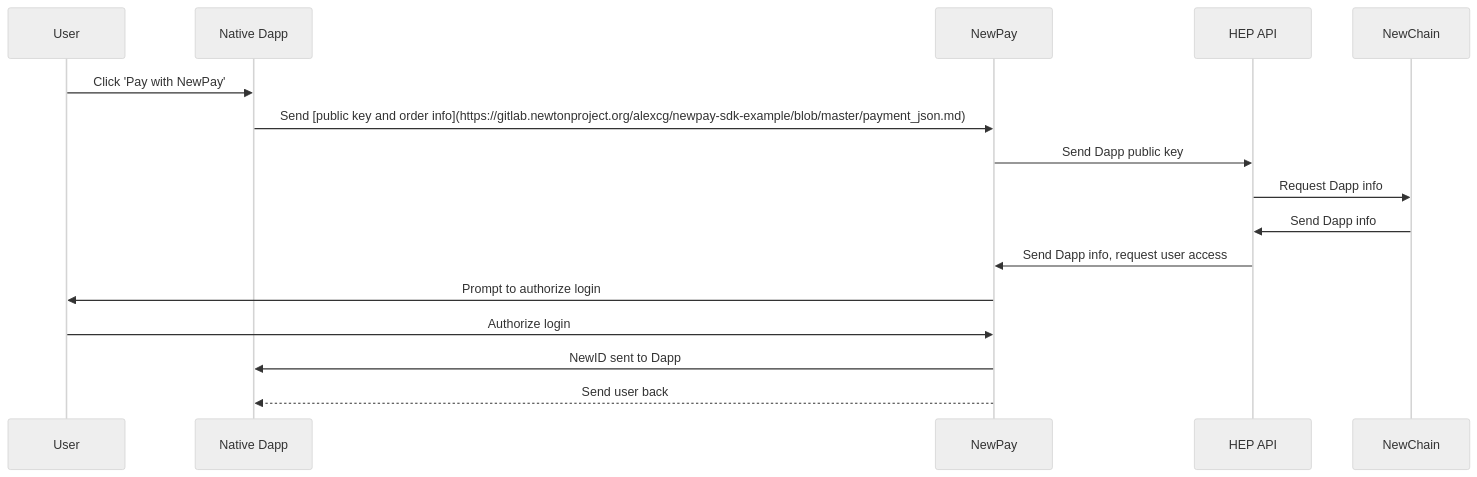
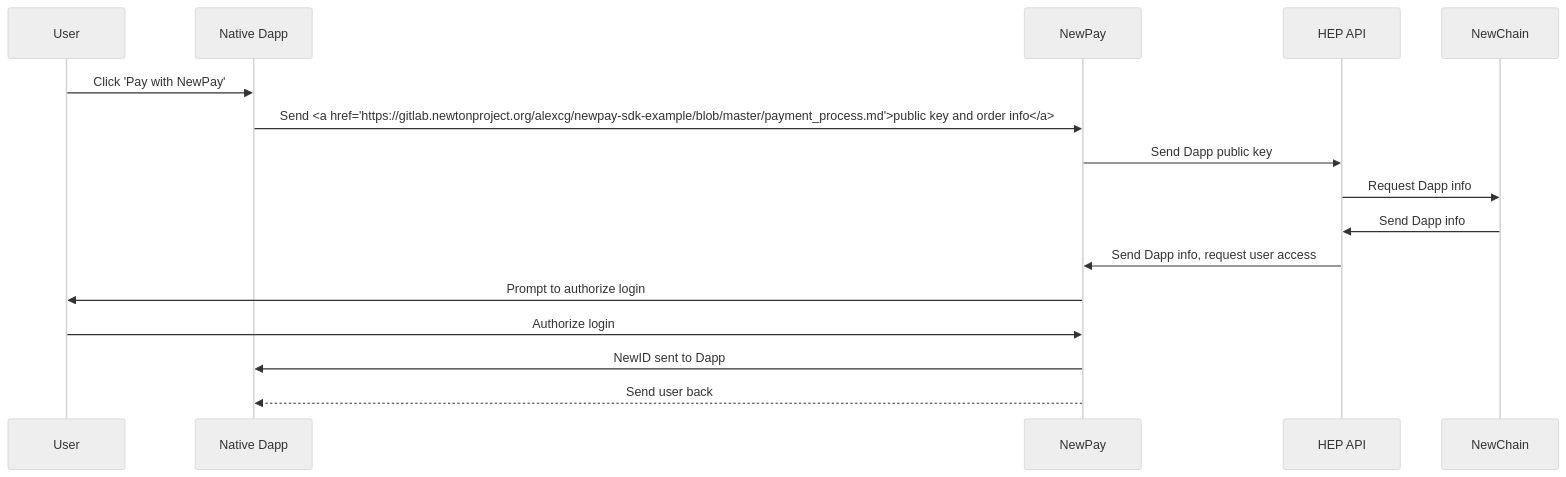
The diagram in payment_process.md (newtonproject/HEP-specification), drawn with Mermaid (neutral theme) before and after one commit.

Commit message:
Fix diagram link?

````diff
--- a/payment_process.md
+++ b/payment_process.md
@@ -13,19 +13,20 @@
 ```mermaid
+
 sequenceDiagram;
     participant User;
     participant Native Dapp;
 	participant NewPay;
 	participant HEP API;
 	participant NewChain;
 
     User->>Native Dapp: Click 'Pay with NewPay';
-	Native Dapp->>NewPay: Send [public key and order info](https://gitlab.newtonproject.org/alexcg/newpay-sdk-example/blob/master/payment_json.md);
+	Native Dapp->>NewPay: Send <a href='https://gitlab.newtonproject.org/alexcg/newpay-sdk-example/blob/master/payment_process.md'>public key and order info</a>;
 	NewPay->>HEP API: Send Dapp public key;
 	HEP API->>NewChain: Request Dapp info;
 	NewChain->>HEP API: Send Dapp info;
 	HEP API->>NewPay: Send Dapp info, request user access;
 	NewPay->> User: Prompt to authorize login;
 	User->>NewPay: Authorize login;
 	NewPay->>Native Dapp: NewID sent to Dapp;
 	NewPay-->>Native Dapp: Send user back;
 ```
````
